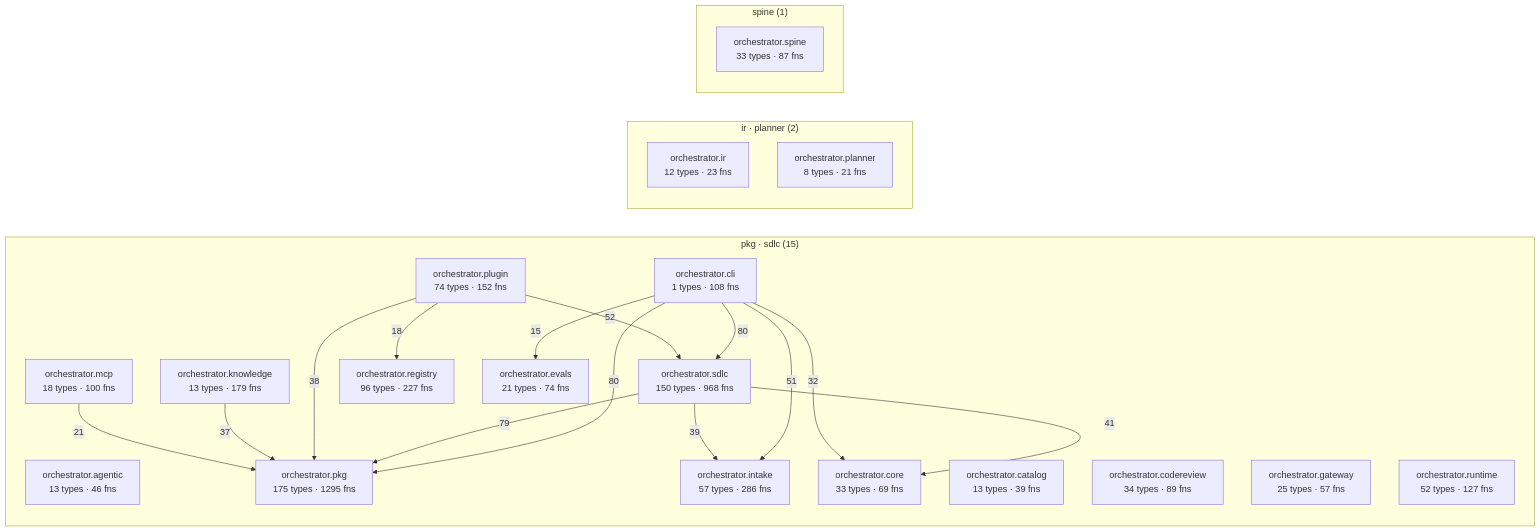
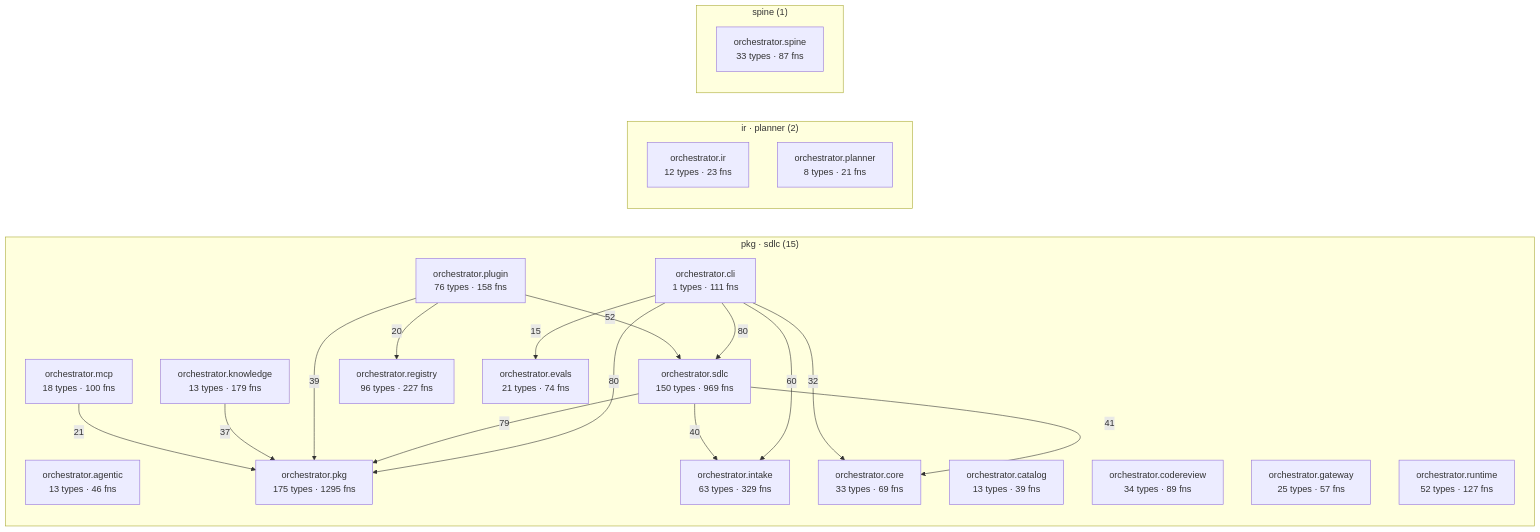
The diagram in episteme/architecture.md (synaptixs/spine), drawn with Mermaid before and after one commit. The commit also changed other lines of this file and 27 other files, not shown here.

````diff
--- a/episteme/architecture.md
+++ b/episteme/architecture.md
@@ -56,40 +57,40 @@
 ```mermaid
 flowchart LR
   subgraph c_2["pkg · sdlc (15)"]
     aorchestratoragentic["orchestrator.agentic<br/>13 types · 46 fns"]
     aorchestratorcatalog["orchestrator.catalog<br/>13 types · 39 fns"]
-    aorchestratorcli["orchestrator.cli<br/>1 types · 108 fns"]
+    aorchestratorcli["orchestrator.cli<br/>1 types · 111 fns"]
     aorchestratorcodereview["orchestrator.codereview<br/>34 types · 89 fns"]
     aorchestratorcore["orchestrator.core<br/>33 types · 69 fns"]
     aorchestratorevals["orchestrator.evals<br/>21 types · 74 fns"]
     aorchestratorgateway["orchestrator.gateway<br/>25 types · 57 fns"]
-    aorchestratorintake["orchestrator.intake<br/>57 types · 286 fns"]
+    aorchestratorintake["orchestrator.intake<br/>63 types · 329 fns"]
     aorchestratorknowledge["orchestrator.knowledge<br/>13 types · 179 fns"]
     aorchestratormcp["orchestrator.mcp<br/>18 types · 100 fns"]
     aorchestratorpkg["orchestrator.pkg<br/>175 types · 1295 fns"]
-    aorchestratorplugin["orchestrator.plugin<br/>74 types · 152 fns"]
+    aorchestratorplugin["orchestrator.plugin<br/>76 types · 158 fns"]
     aorchestratorregistry["orchestrator.registry<br/>96 types · 227 fns"]
     aorchestratorruntime["orchestrator.runtime<br/>52 types · 127 fns"]
-    aorchestratorsdlc["orchestrator.sdlc<br/>150 types · 968 fns"]
+    aorchestratorsdlc["orchestrator.sdlc<br/>150 types · 969 fns"]
   end
   subgraph c_5["ir · planner (2)"]
     aorchestratorir["orchestrator.ir<br/>12 types · 23 fns"]
     aorchestratorplanner["orchestrator.planner<br/>8 types · 21 fns"]
   end
   subgraph c_10["spine (1)"]
     aorchestratorspine["orchestrator.spine<br/>33 types · 87 fns"]
   end
   aorchestratorcli -->|80| aorchestratorpkg
   aorchestratorcli -->|80| aorchestratorsdlc
   aorchestratorsdlc -->|79| aorchestratorpkg
+  aorchestratorcli -->|60| aorchestratorintake
   aorchestratorplugin -->|52| aorchestratorsdlc
-  aorchestratorcli -->|51| aorchestratorintake
   aorchestratorsdlc -->|41| aorchestratorcore
-  aorchestratorsdlc -->|39| aorchestratorintake
-  aorchestratorplugin -->|38| aorchestratorpkg
+  aorchestratorsdlc -->|40| aorchestratorintake
+  aorchestratorplugin -->|39| aorchestratorpkg
   aorchestratorknowledge -->|37| aorchestratorpkg
   aorchestratorcli -->|32| aorchestratorcore
   aorchestratormcp -->|21| aorchestratorpkg
-  aorchestratorplugin -->|18| aorchestratorregistry
+  aorchestratorplugin -->|20| aorchestratorregistry
   aorchestratorcli -->|15| aorchestratorevals
 ```
````
